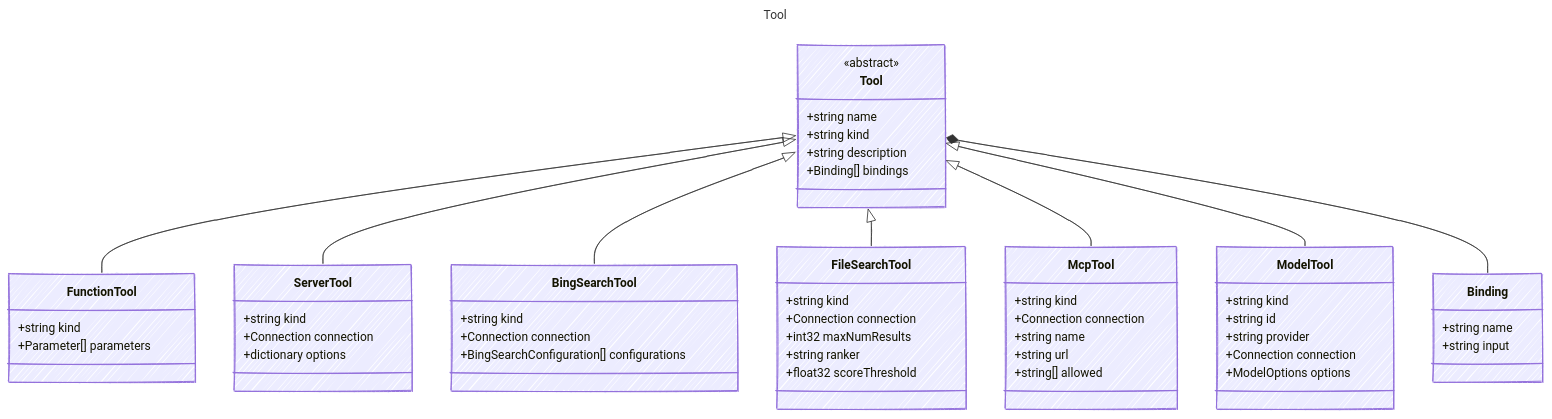
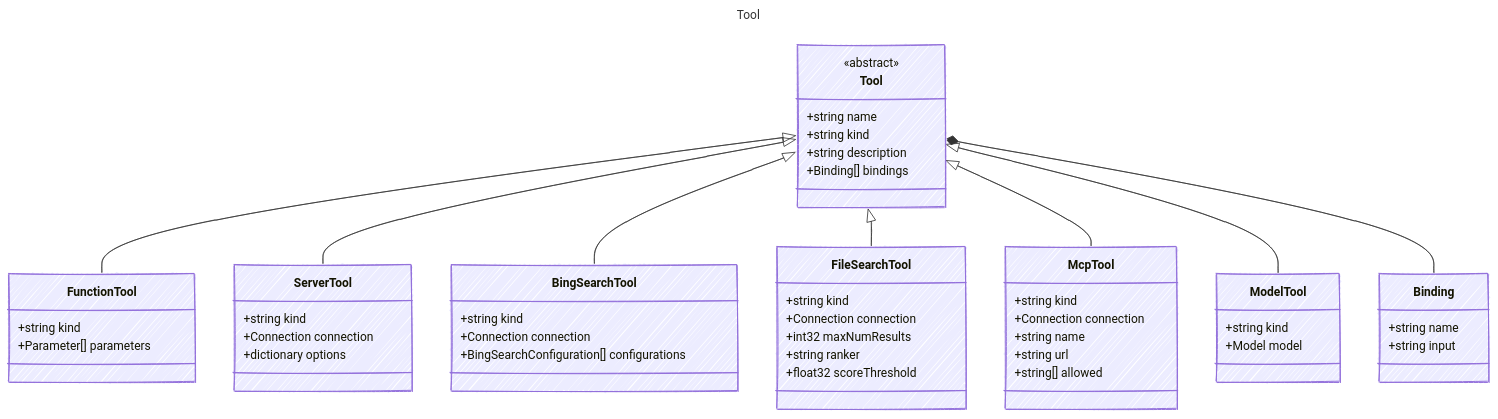
One commit to microsoft/prompty changed the diagram in specification/prompty/docs/Tool.md. Above: the diagram before and after it, drawn with Mermaid. The commit also changed 43 other files, not shown here.

````diff
--- a/specification/prompty/docs/Tool.md
+++ b/specification/prompty/docs/Tool.md
@@ -7,64 +7,61 @@
 ```mermaid
 ---
 title: Tool
 config:
   look: handDrawn
   theme: colorful
   class:
     hideEmptyMembersBox: true
 ---
 classDiagram
     class Tool {
       <<abstract>>
         +string name
         +string kind
         +string description
         +Binding[] bindings
     }
     class FunctionTool {
         +string kind
         +Parameter[] parameters
     }
     Tool <|-- FunctionTool
     class ServerTool {
         +string kind
         +Connection connection
         +dictionary options
     }
     Tool <|-- ServerTool
     class BingSearchTool {
         +string kind
         +Connection connection
         +BingSearchConfiguration[] configurations
     }
     Tool <|-- BingSearchTool
     class FileSearchTool {
         +string kind
         +Connection connection
         +int32 maxNumResults
         +string ranker
         +float32 scoreThreshold
     }
     Tool <|-- FileSearchTool
     class McpTool {
         +string kind
         +Connection connection
         +string name
         +string url
         +string[] allowed
     }
     Tool <|-- McpTool
     class ModelTool {
         +string kind
-        +string id
-        +string provider
-        +Connection connection
-        +ModelOptions options
+        +Model model
     }
     Tool <|-- ModelTool
     class Binding {
         +string name
         +string input
     }
     Tool *-- Binding
 ```
````
